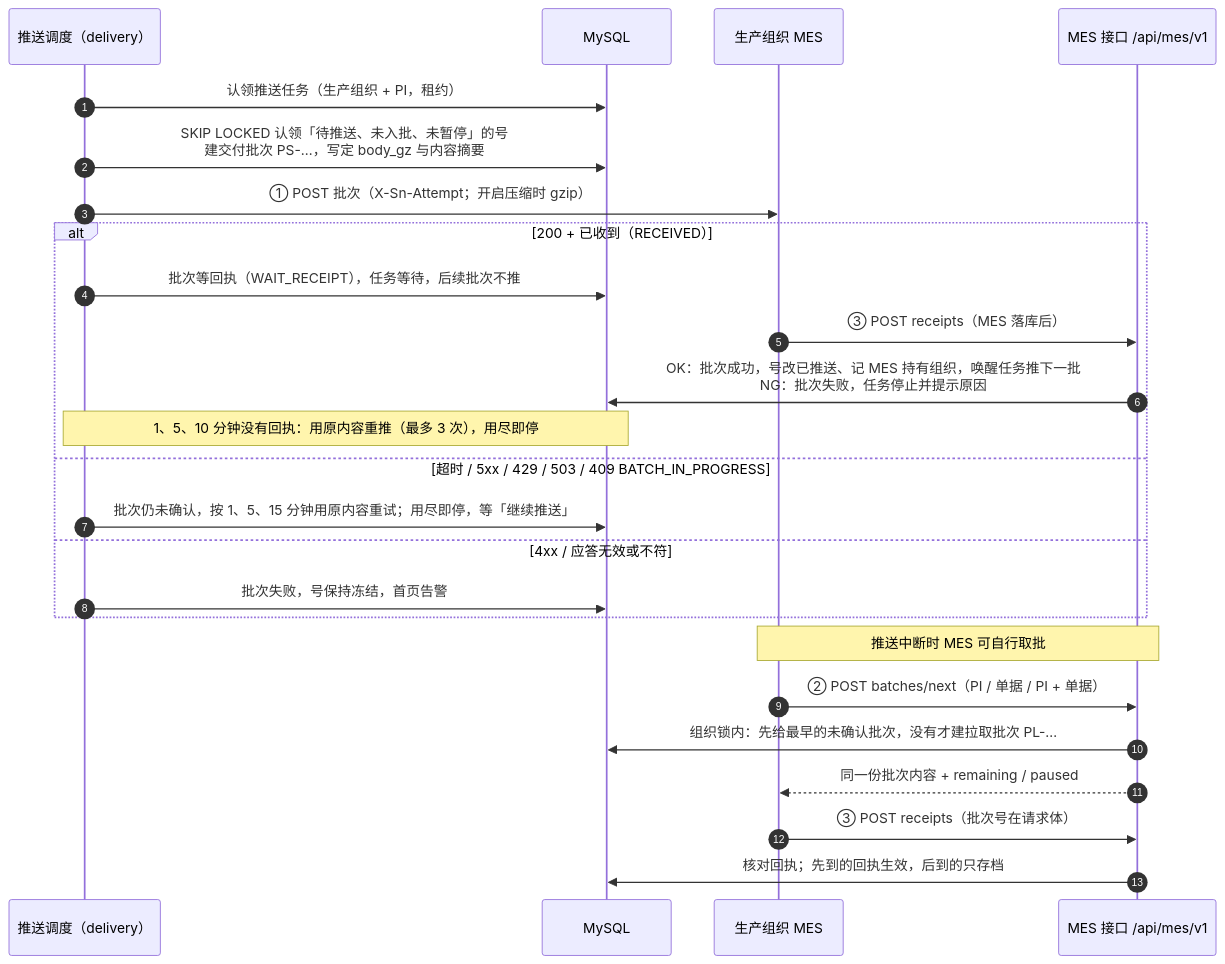
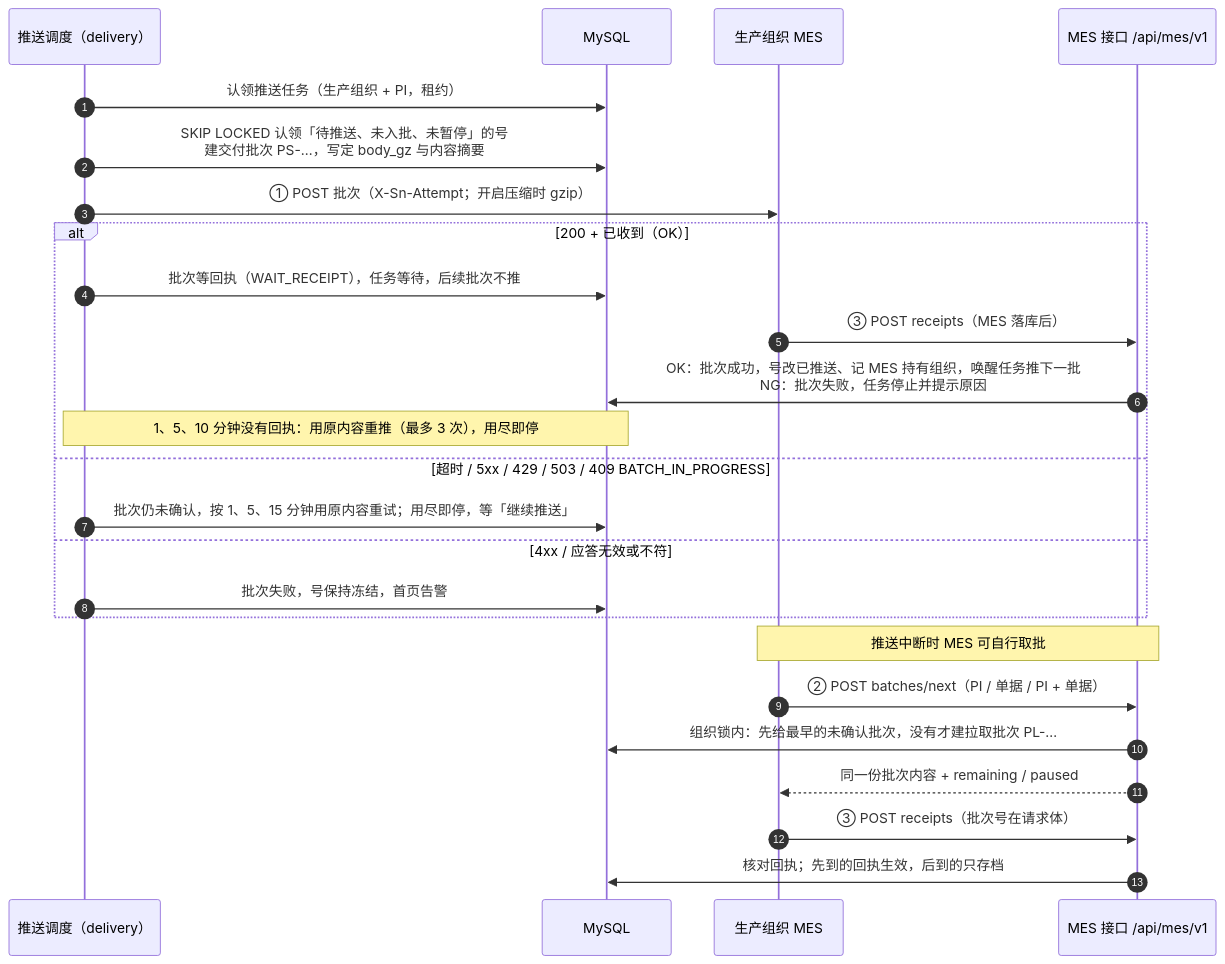
Before and after one commit to Createsnow/sn-center: the diagram in docs/images/系统技术方案/fig3-2-delivery-seq.mmd, drawn with Mermaid. The commit also changed 17 other files, not shown here.

```diff
--- a/docs/images/系统技术方案/fig3-2-delivery-seq.mmd
+++ b/docs/images/系统技术方案/fig3-2-delivery-seq.mmd
@@ -1,25 +1,25 @@
 sequenceDiagram
   autonumber
   participant T as 推送调度（delivery）
   participant D as MySQL
   participant M as 生产组织 MES
   participant API as MES 接口 /api/mes/v1
   T->>D: 认领推送任务（生产组织 + PI，租约）
   T->>D: SKIP LOCKED 认领「待推送、未入批、未暂停」的号<br/>建交付批次 PS-…，写定 body_gz 与内容摘要
   T->>M: ① POST 批次（X-Sn-Attempt；开启压缩时 gzip）
-  alt 200 + 已收到（RECEIVED）
+  alt 200 + 已收到（OK）
     T->>D: 批次等回执（WAIT_RECEIPT），任务等待，后续批次不推
     M->>API: ③ POST receipts（MES 落库后）
     API->>D: OK：批次成功，号改已推送、记 MES 持有组织，唤醒任务推下一批<br/>NG：批次失败，任务停止并提示原因
     Note over T,D: 1、5、10 分钟没有回执：用原内容重推（最多 3 次），用尽即停
   else 超时 / 5xx / 429 / 503 / 409 BATCH_IN_PROGRESS
     T->>D: 批次仍未确认，按 1、5、15 分钟用原内容重试；用尽即停，等「继续推送」
   else 4xx / 应答无效或不符
     T->>D: 批次失败，号保持冻结，首页告警
   end
   Note over M,API: 推送中断时 MES 可自行取批
   M->>API: ② POST batches/next（PI / 单据 / PI + 单据）
   API->>D: 组织锁内：先给最早的未确认批次，没有才建拉取批次 PL-…
   API-->>M: 同一份批次内容 + remaining / paused
   M->>API: ③ POST receipts（批次号在请求体）
   API->>D: 核对回执；先到的回执生效，后到的只存档
```
